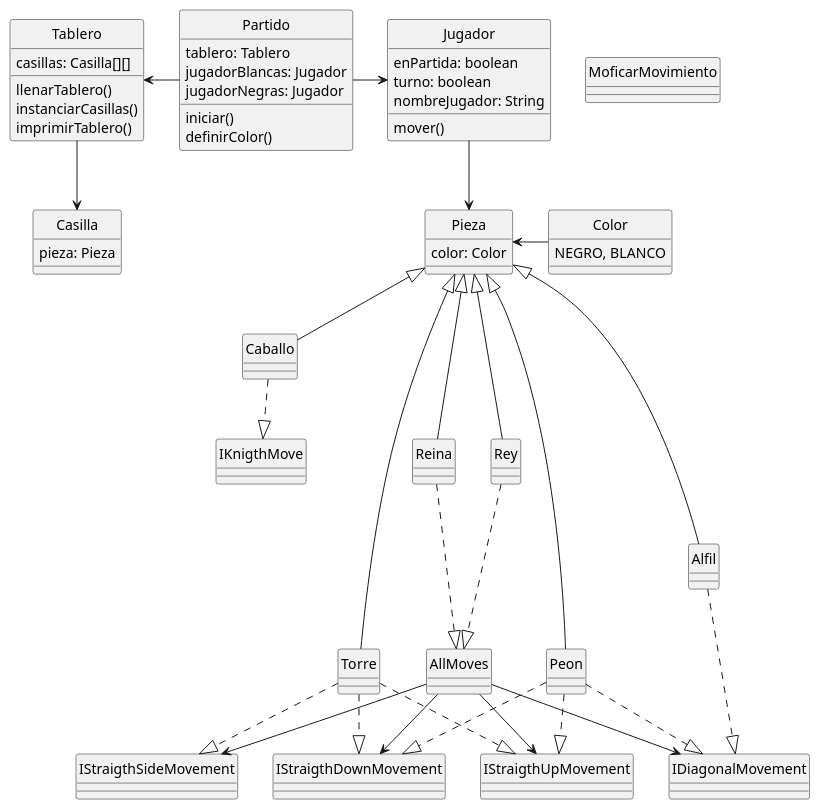
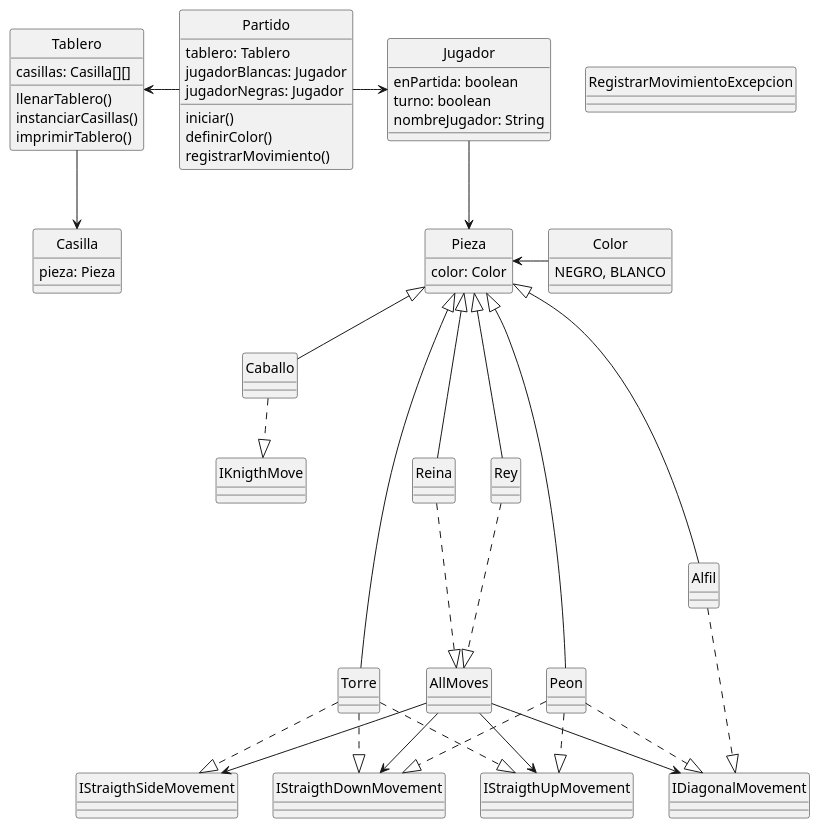
Before and after one commit to HilmAlex/Ajedrez: the diagram in Ajedrez.puml, drawn with PlantUML. The commit also changed 8 other files, not shown here.

```diff
--- a/Ajedrez.puml
+++ b/Ajedrez.puml
@@ -1,76 +1,76 @@
 @startuml
 hide circle
 
-class MoficarMovimiento{
+class RegistrarMovimientoExcepcion{
 }
 class Pieza{
 color: Color
 }
 class Casilla{
 pieza: Pieza
 }
 class Color{
 NEGRO, BLANCO
 }
 class Partido{
 tablero: Tablero
 jugadorBlancas: Jugador
 jugadorNegras: Jugador
 iniciar()
 definirColor()
+registrarMovimiento()
 }
 class Jugador{
-mover()
 enPartida: boolean
 turno: boolean
 nombreJugador: String
 }
 class Caballo
 class Peon
 class Alfil
 class Torre
 class Rey
 class Reina
 class Tablero{
 casillas: Casilla[][]
 llenarTablero()
 instanciarCasillas()
 imprimirTablero()
 }
 
 Tablero --> Casilla
 
 Jugador --> Pieza
 
 
 Pieza <- Color
 Partido -> Jugador
 
 Tablero <- Partido
 
 Pieza <|-- Caballo
 Pieza <|-- Torre
 Pieza <|-- Peon
 Pieza <|-- Alfil
 Pieza <|--- Reina
 Pieza <|--- Rey
 
 Caballo ..|> IKnigthMove
 Peon ..|> IStraigthUpMovement
 Peon ..|> IStraigthDownMovement
 Peon ..|> IDiagonalMovement
 Alfil ..|> IDiagonalMovement
 
 Torre ..|> IStraigthDownMovement
 Torre ..|> IStraigthUpMovement
 Torre ..|> IStraigthSideMovement
 
 Rey ...|> AllMoves
 Reina ...|> AllMoves
 
 AllMoves --> IDiagonalMovement
 AllMoves --> IStraigthSideMovement
 AllMoves --> IStraigthUpMovement
 AllMoves --> IStraigthDownMovement
 
 @enduml
```
